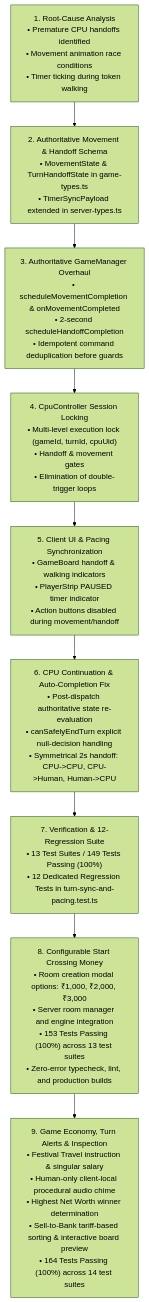
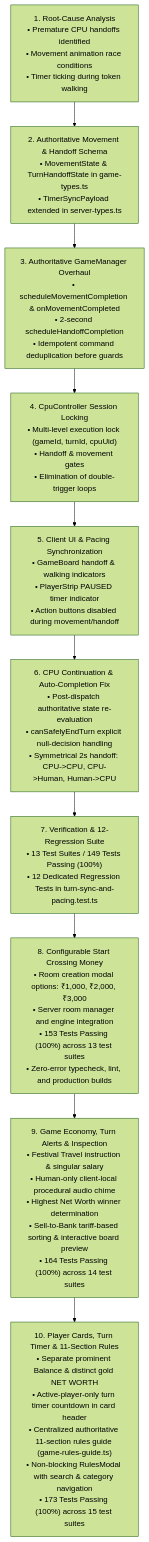
The second of 2 diagrams in flow.md (K-692/Monopoly-India-Game), drawn with Mermaid (forest theme) before and after one commit. The commit also changed other lines of this file and 8 other files, not shown here.

Commit message:
feat: enhance player cards, turn timer and in-game rules

````diff
--- a/flow.md
+++ b/flow.md
@@ -219,21 +219,23 @@
 ```mermaid
 flowchart TD
     M1["1. Root-Cause Analysis<br>• Premature CPU handoffs identified<br>• Movement animation race conditions<br>• Timer ticking during token walking"]
     M2["2. Authoritative Movement & Handoff Schema<br>• MovementState & TurnHandoffState in game-types.ts<br>• TimerSyncPayload extended in server-types.ts"]
     M3["3. Authoritative GameManager Overhaul<br>• scheduleMovementCompletion & onMovementCompleted<br>• 2-second scheduleHandoffCompletion<br>• Idempotent command deduplication before guards"]
     M4["4. CpuController Session Locking<br>• Multi-level execution lock (gameId, turnId, cpuUid)<br>• Handoff & movement gates<br>• Elimination of double-trigger loops"]
     M5["5. Client UI & Pacing Synchronization<br>• GameBoard handoff & walking indicators<br>• PlayerStrip PAUSED timer indicator<br>• Action buttons disabled during movement/handoff"]
     M6["6. CPU Continuation & Auto-Completion Fix<br>• Post-dispatch authoritative state re-evaluation<br>• canSafelyEndTurn explicit null-decision handling<br>• Symmetrical 2s handoff: CPU->CPU, CPU->Human, Human->CPU"]
     M7["7. Verification & 12-Regression Suite<br>• 13 Test Suites / 149 Tests Passing (100%)<br>• 12 Dedicated Regression Tests in turn-sync-and-pacing.test.ts"]
     M8["8. Configurable Start Crossing Money<br>• Room creation modal options: ₹1,000, ₹2,000, ₹3,000<br>• Server room manager and engine integration<br>• 153 Tests Passing (100%) across 13 test suites<br>• Zero-error typecheck, lint, and production builds"]
     M9["9. Game Economy, Turn Alerts & Inspection<br>• Festival Travel instruction & singular salary<br>• Human-only client-local procedural audio chime<br>• Highest Net Worth winner determination<br>• Sell-to-Bank tariff-based sorting & interactive board preview<br>• 164 Tests Passing (100%) across 14 test suites"]
+    M10["10. Player Cards, Turn Timer & 11-Section Rules<br>• Separate prominent Balance & distinct gold NET WORTH<br>• Active-player-only turn timer countdown in card header<br>• Centralized authoritative 11-section rules guide (game-rules-guide.ts)<br>• Non-blocking RulesModal with search & category navigation<br>• 173 Tests Passing (100%) across 15 test suites"]
 
     M1 --> M2
     M2 --> M3
     M3 --> M4
     M4 --> M5
     M5 --> M6
     M6 --> M7
     M7 --> M8
     M8 --> M9
+    M9 --> M10
 ```
````
